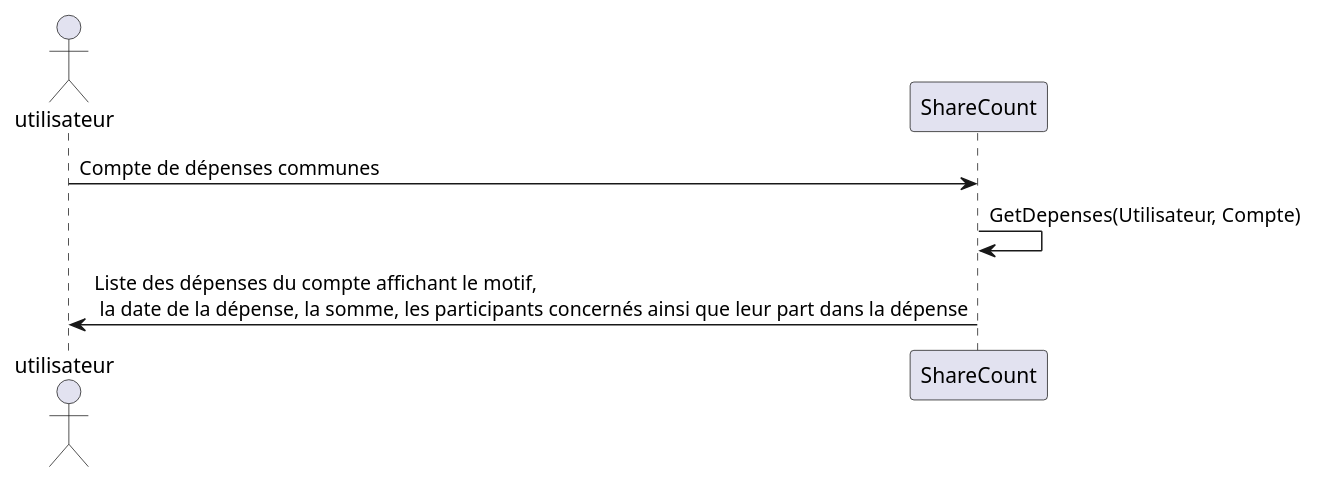
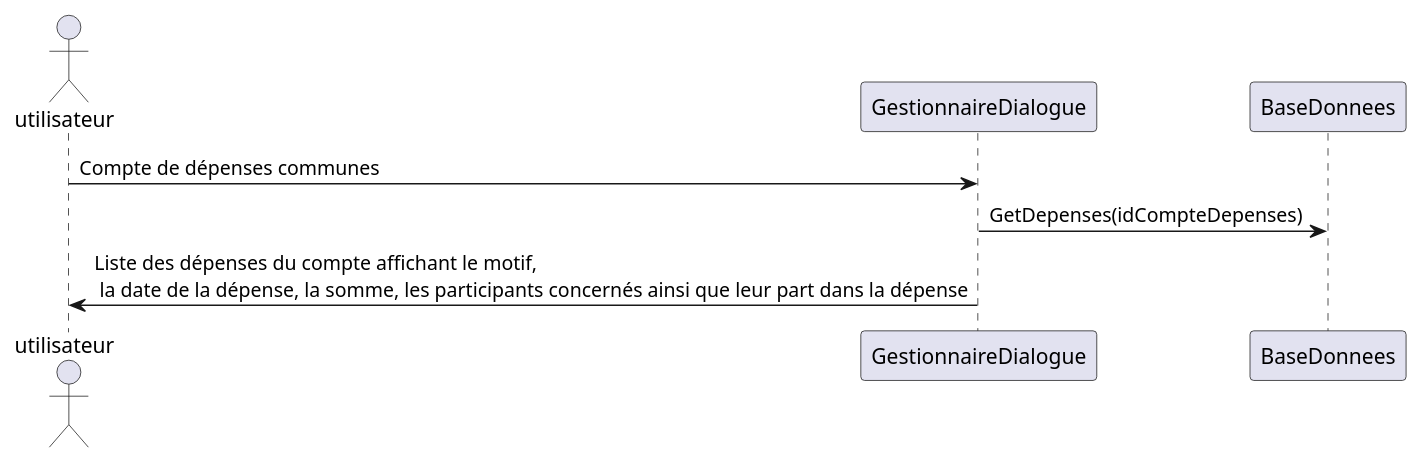
One commit to lmtb06/sharecount changed the diagram in diagrammes/conception/consulter-compte-depenses.puml. Above: the diagram before and after it, drawn with PlantUML. The commit also changed 1 other file, not shown here.

```diff
--- a/diagrammes/conception/consulter-compte-depenses.puml
+++ b/diagrammes/conception/consulter-compte-depenses.puml
@@ -1,10 +1,11 @@
 @startuml  Consulter un compte de dépenses
 
 actor utilisateur as user
-participant ShareCount as sc
+participant GestionnaireDialogue as gd
+participant BaseDonnees as bd
 
-user 	-> sc 		: Compte de dépenses communes
-sc 		-> sc 		: GetDepenses(Utilisateur, Compte)
-user 	<- sc 		: Liste des dépenses du compte affichant le motif,\n la date de la dépense, la somme, les participants concernés ainsi que leur part dans la dépense
+user 	-> gd 	: Compte de dépenses communes
+gd 		-> bd 	: GetDepenses(idCompteDepenses)
+user 	<- gd 	: Liste des dépenses du compte affichant le motif,\n la date de la dépense, la somme, les participants concernés ainsi que leur part dans la dépense
 
 @enduml
```
